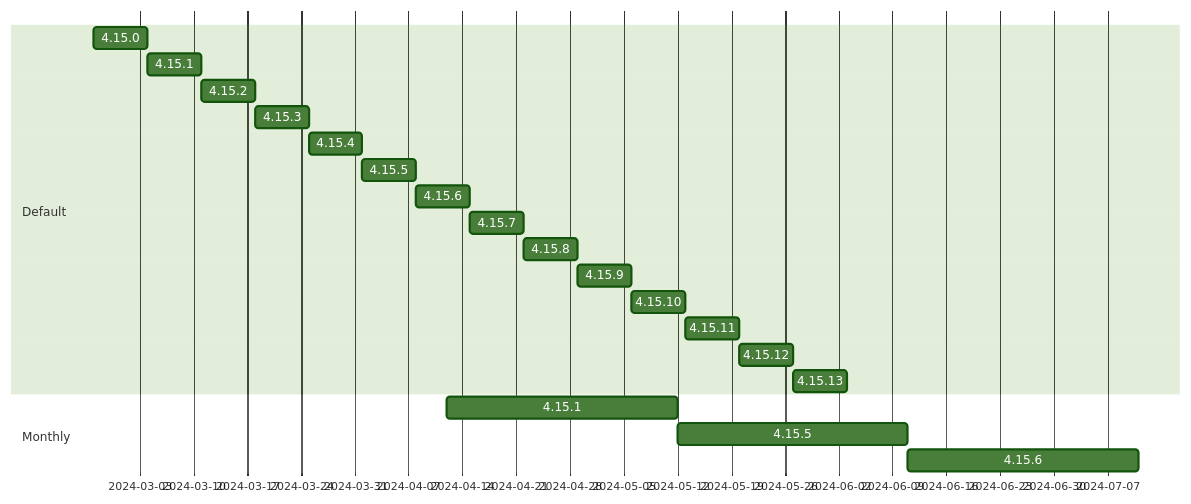
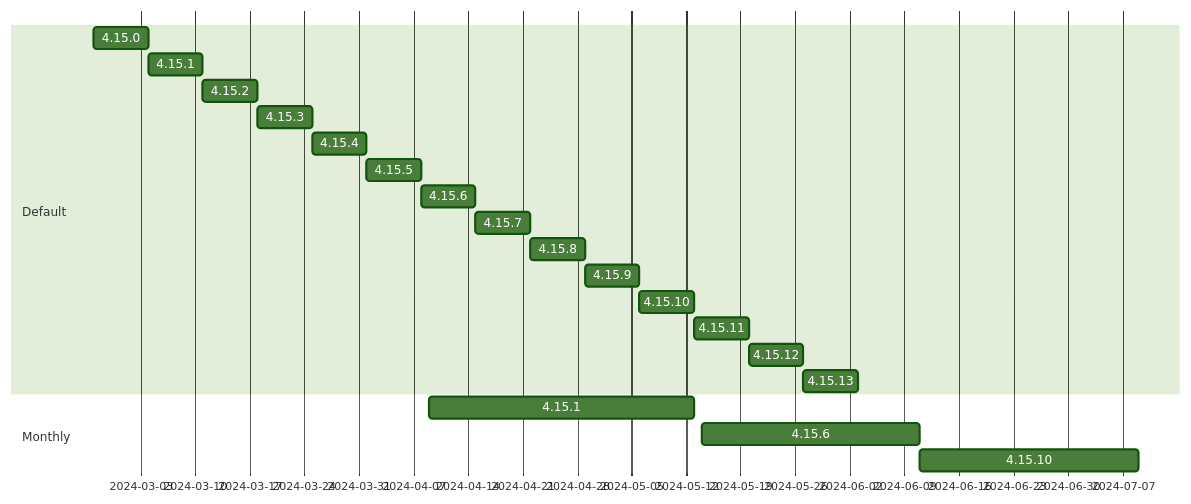
The third of 3 diagrams in policies.md (sdodson/cincinnati-graph-data), drawn with Mermaid (forest theme) before and after one commit. The commit also changed other lines of this file, not shown here.

````diff
--- a/policies.md
+++ b/policies.md
@@ -94,23 +94,23 @@
 ```mermaid
 gantt
     dateFormat  YYYY-MM-DD
     Section Default
     4.15.0  :d41500, 2024-02-26,7d
     4.15.1  :d41501, after d41500, 7d
     4.15.2  :d41502, after d41501, 7d
     4.15.3  :d41503, after d41502, 7d
     4.15.4  :d41504, after d41503, 7d
     4.15.5  :d41505, after d41504, 7d
     4.15.6  :d41506, after d41505, 7d
     4.15.7  :d41507, after d41506, 7d
     4.15.8  :d41508, after d41507, 7d
     4.15.9  :d41509, after d41508, 7d
     4.15.10 :d41510, after d41509, 7d
     4.15.11 :d41511, after d41510, 7d
     4.15.12 :d41512, after d41511, 7d
     4.15.13 :d41513, after d41512, 7d
     Section Monthly
-    4.15.1  :m41501, 2024-04-12, 30d
-    4.15.5  :m41505, after m41501, 30d
-    4.15.6  :m41506, after m41505, 30d
+    4.15.1  :m41501, 2024-04-09,2024-05-13
+    4.15.6  :m41506, 2024-05-14,2024-06-11
+    4.15.10 :m41510, 2024-06-11,2024-07-09
 ```
````
